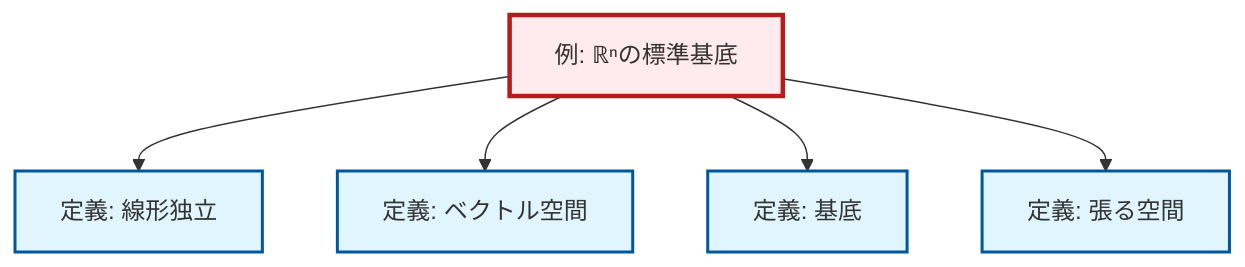
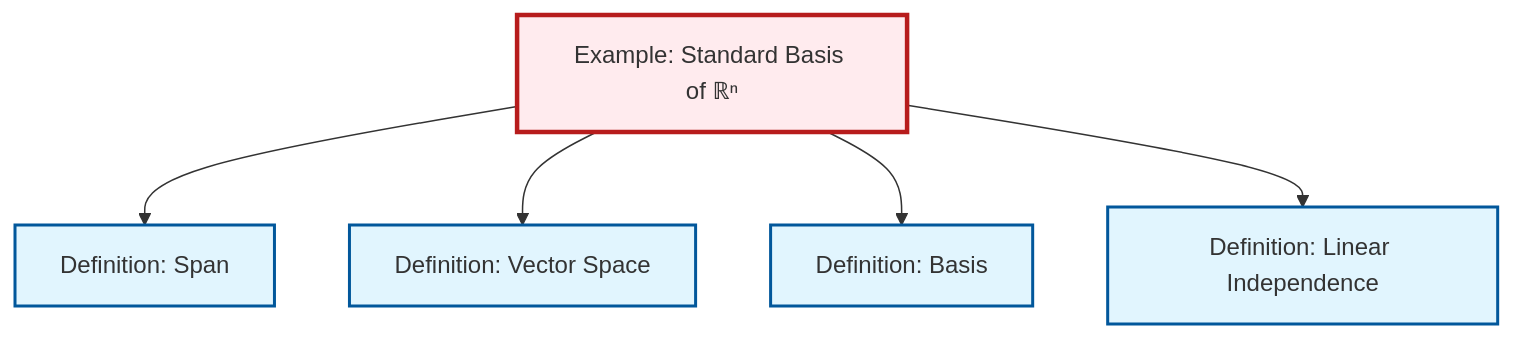
Before and after one commit to RK0429/ModernMath: the diagram in content/ja/algebra/ex-standard-basis-rn.qmd, drawn with Mermaid. The commit also changed 203 other files, not shown here.

````diff
--- a/content/ja/algebra/ex-standard-basis-rn.qmd
+++ b/content/ja/algebra/ex-standard-basis-rn.qmd
@@ -63,24 +63,19 @@
 ```{mermaid}
-%%| fig-cap: "局所依存関係グラフ"
+%%| fig-cap: "Local dependency graph"
 graph TD
     classDef definition fill:#e1f5fe,stroke:#01579b,stroke-width:2px
     classDef theorem fill:#f3e5f5,stroke:#4a148c,stroke-width:2px
     classDef axiom fill:#fff3e0,stroke:#e65100,stroke-width:2px
     classDef example fill:#e8f5e9,stroke:#1b5e20,stroke-width:2px
     classDef current fill:#ffebee,stroke:#b71c1c,stroke-width:3px
-    def-span["定義: 張る空間"]:::definition
-    def-basis["定義: 基底"]:::definition
-    ex-standard-basis-rn["例: ℝⁿの標準基底"]:::example
-    def-linear-independence["定義: 線形独立"]:::definition
-    def-vector-space["定義: ベクトル空間"]:::definition
-    ex-standard-basis-rn --> def-linear-independence
+    def-basis["Definition: Basis"]:::definition
+    def-span["Definition: Span"]:::definition
+    ex-standard-basis-rn["Example: Standard Basis of ℝⁿ"]:::example
+    def-vector-space["Definition: Vector Space"]:::definition
+    def-linear-independence["Definition: Linear Independence"]:::definition
+    ex-standard-basis-rn --> def-span
     ex-standard-basis-rn --> def-vector-space
     ex-standard-basis-rn --> def-basis
-    ex-standard-basis-rn --> def-span
+    ex-standard-basis-rn --> def-linear-independence
     class ex-standard-basis-rn current
-
-    click def-span "def-span.html" "Go to 定義: 張る空間"
-    click def-basis "def-basis.html" "Go to 定義: 基底"
-    click def-linear-independence "def-linear-independence.html" "Go to 定義: 線形独立"
-    click def-vector-space "def-vector-space.html" "Go to 定義: ベクトル空間"
 ```
````
